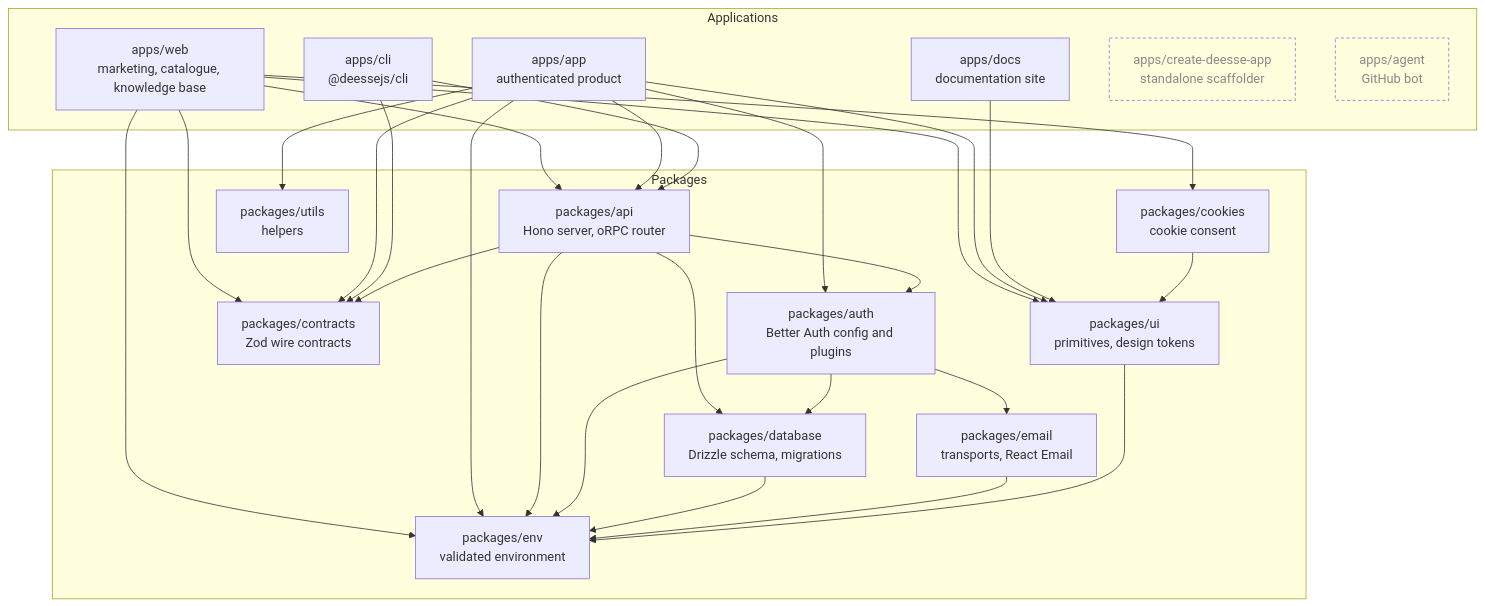
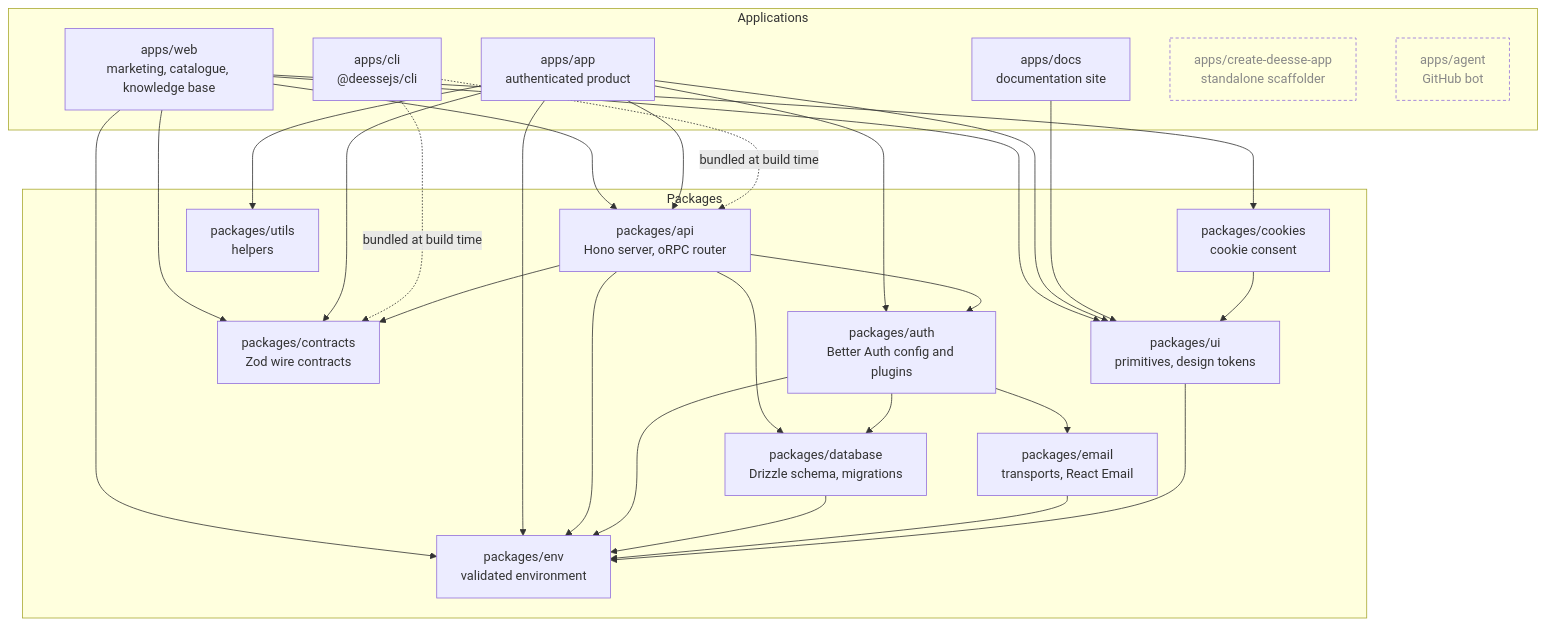
One commit to deessejs/deessejs changed the diagram in AGENTS.md. Above: the diagram before and after it, drawn with Mermaid. The commit also changed other lines of this file and 19 other files, not shown here.

````diff
--- a/AGENTS.md
+++ b/AGENTS.md
@@ -104,58 +70,58 @@
 ```mermaid
 graph TD
   subgraph APP["Applications"]
     WEB["apps/web<br/>marketing, catalogue, knowledge base"]
     APPAPP["apps/app<br/>authenticated product"]
     DOCS["apps/docs<br/>documentation site"]
     CLI["apps/cli<br/>@deessejs/cli"]
     CDA["apps/create-deesse-app<br/>standalone scaffolder"]
     AGENT["apps/agent<br/>GitHub bot"]
   end
 
   subgraph PKG["Packages"]
     API["packages/api<br/>Hono server, oRPC router"]
     AUTH["packages/auth<br/>Better Auth config and plugins"]
     DB["packages/database<br/>Drizzle schema, migrations"]
     CONTRACTS["packages/contracts<br/>Zod wire contracts"]
     EMAIL["packages/email<br/>transports, React Email"]
     UI["packages/ui<br/>primitives, design tokens"]
     ENV["packages/env<br/>validated environment"]
     COOKIES["packages/cookies<br/>cookie consent"]
     UTILS["packages/utils<br/>helpers"]
   end
 
   WEB --> API
   WEB --> CONTRACTS
   WEB --> ENV
   WEB --> UI
   WEB --> COOKIES
 
   APPAPP --> API
   APPAPP --> AUTH
   APPAPP --> CONTRACTS
   APPAPP --> ENV
   APPAPP --> UI
   APPAPP --> UTILS
 
   DOCS --> UI
 
-  CLI --> API
-  CLI --> CONTRACTS
+  CLI -. "bundled at build time" .-> API
+  CLI -. "bundled at build time" .-> CONTRACTS
 
   API --> AUTH
   API --> CONTRACTS
   API --> DB
   API --> ENV
 
   AUTH --> DB
   AUTH --> EMAIL
   AUTH --> ENV
 
   DB --> ENV
   EMAIL --> ENV
   UI --> ENV
   COOKIES --> UI
 
   classDef standalone fill:none,stroke-dasharray:4 3,stroke-width:1px,color:#888
   class CDA,AGENT standalone
 ```
````
